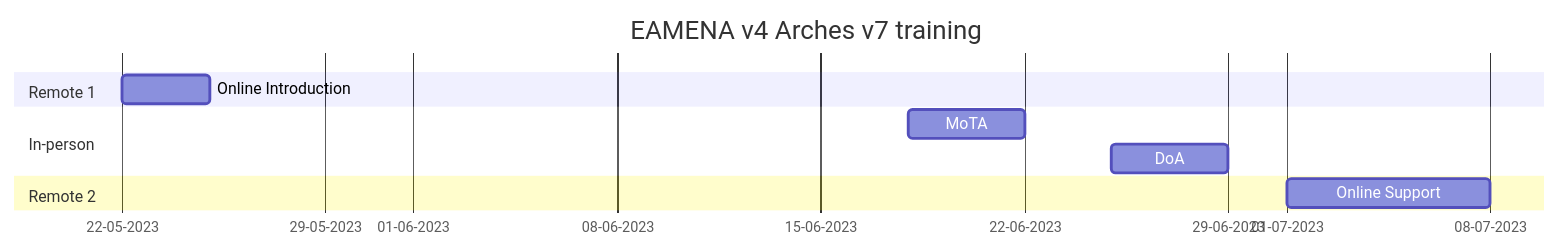
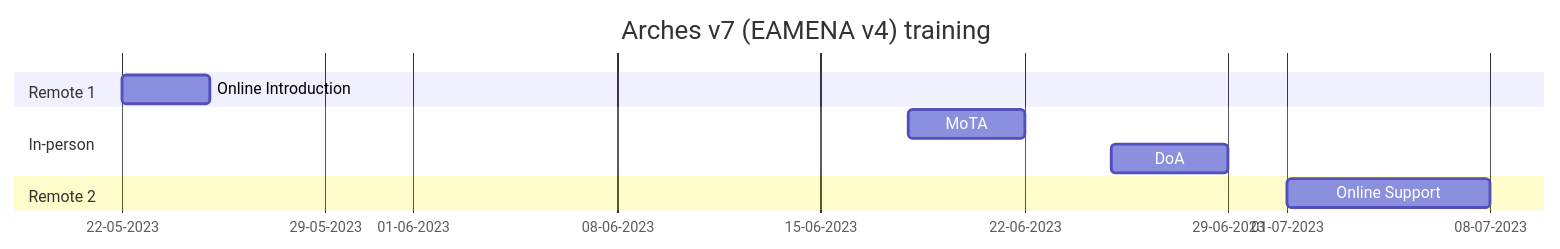
The diagram in training/README.md (eamena-project/eamena-arches-dev), drawn with Mermaid before and after one commit.

````diff
--- a/training/README.md
+++ b/training/README.md
@@ -106,14 +106,14 @@
 ```mermaid
 gantt
-    title EAMENA v4 Arches v7 training
+    title Arches v7 (EAMENA v4) training
     dateFormat  YYYY-MM-DD
     axisFormat  %d-%m-%Y
     tickInterval 7day
     section Remote 1
     Online Introduction           : a1, 2023-05-22, 3d
     section In-person
     MoTA                          : a1, 2023-06-18, 2023-06-22
     DoA                           : a1, 2023-06-25, 2023-06-29
     section Remote 2
     Online Support                 : a1, 2023-07-01, 7d
 ```
````
